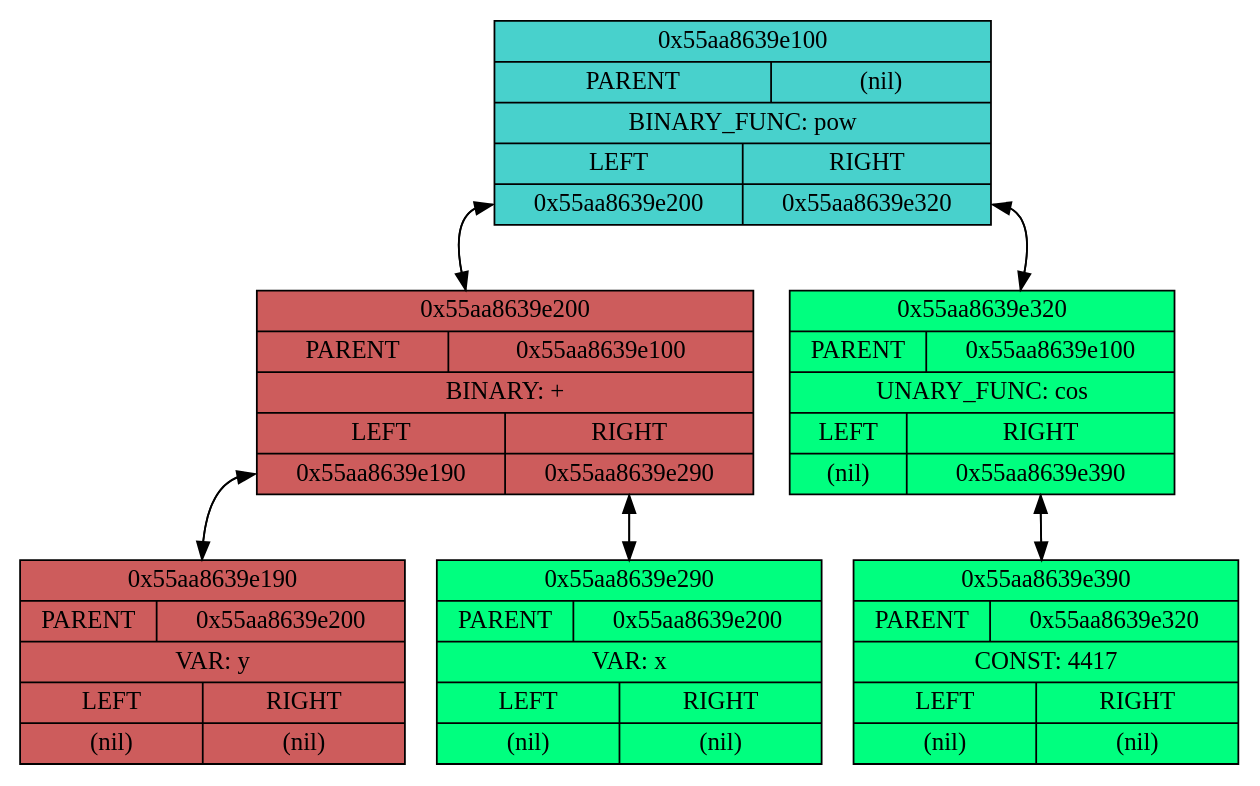
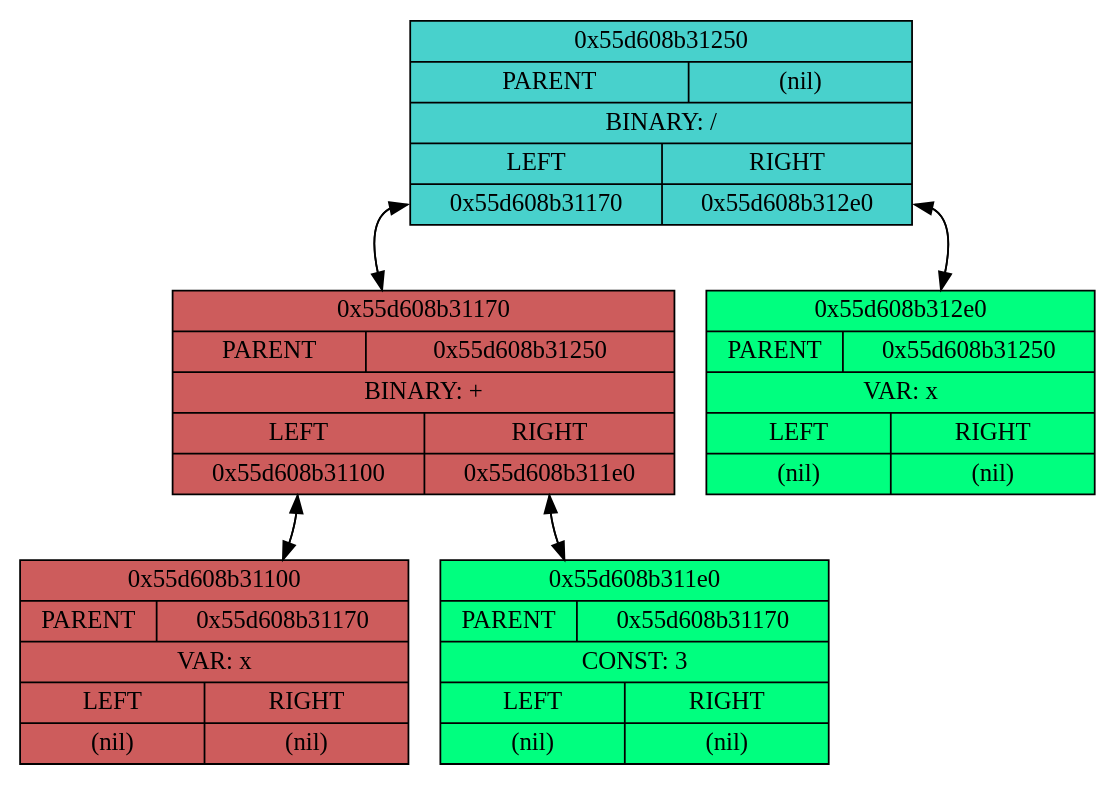
Before and after one commit to AlgebraicWolf/Differentiator: the diagram in cmake-build-debug/dump.dot, drawn with Graphviz. The commit also changed 12 other files, not shown here.

```diff
--- a/cmake-build-debug/dump.dot
+++ b/cmake-build-debug/dump.dot
@@ -1,19 +1,16 @@
 digraph {
 concentrate=true
-node0x55aa8639e100[shape=record, label="{0x55aa8639e100 | {PARENT|(nil)}| BINARY_FUNC: pow | {{LEFT |<left> 0x55aa8639e200} | {RIGHT |<right> 0x55aa8639e320}}}", style=filled, fillcolor=mediumturquoise];
-node0x55aa8639e200[shape=record, label="{0x55aa8639e200 | {PARENT|0x55aa8639e100}| BINARY: + | {{LEFT |<left> 0x55aa8639e190} | {RIGHT |<right> 0x55aa8639e290}}}", style=filled, fillcolor=indianred];
-node0x55aa8639e200 -> node0x55aa8639e100:left;
-node0x55aa8639e100:left -> node0x55aa8639e200;
-node0x55aa8639e190[shape=record, label="{0x55aa8639e190 | {PARENT|0x55aa8639e200}| VAR: y | {{LEFT |<left> (nil)} | {RIGHT |<right> (nil)}}}", style=filled, fillcolor=indianred];
-node0x55aa8639e190 -> node0x55aa8639e200:left;
-node0x55aa8639e200:left -> node0x55aa8639e190;
-node0x55aa8639e290[shape=record, label="{0x55aa8639e290 | {PARENT|0x55aa8639e200}| VAR: x | {{LEFT |<left> (nil)} | {RIGHT |<right> (nil)}}}", style=filled, fillcolor=springgreen];
-node0x55aa8639e290 -> node0x55aa8639e200:right;
-node0x55aa8639e200:right -> node0x55aa8639e290;
-node0x55aa8639e320[shape=record, label="{0x55aa8639e320 | {PARENT|0x55aa8639e100}| UNARY_FUNC: cos | {{LEFT |<left> (nil)} | {RIGHT |<right> 0x55aa8639e390}}}", style=filled, fillcolor=springgreen];
-node0x55aa8639e320 -> node0x55aa8639e100:right;
-node0x55aa8639e100:right -> node0x55aa8639e320;
-node0x55aa8639e390[shape=record, label="{0x55aa8639e390 | {PARENT|0x55aa8639e320}| CONST: 4417 | {{LEFT |<left> (nil)} | {RIGHT |<right> (nil)}}}", style=filled, fillcolor=springgreen];
-node0x55aa8639e390 -> node0x55aa8639e320:right;
-node0x55aa8639e320:right -> node0x55aa8639e390;
+node0x55d608b31250[shape=record, label="{0x55d608b31250 | {PARENT|(nil)}| BINARY: / | {{LEFT |<left> 0x55d608b31170} | {RIGHT |<right> 0x55d608b312e0}}}", style=filled, fillcolor=mediumturquoise];
+node0x55d608b31170[shape=record, label="{0x55d608b31170 | {PARENT|0x55d608b31250}| BINARY: + | {{LEFT |<left> 0x55d608b31100} | {RIGHT |<right> 0x55d608b311e0}}}", style=filled, fillcolor=indianred];
+node0x55d608b31170 -> node0x55d608b31250:left;
+node0x55d608b31250:left -> node0x55d608b31170;
+node0x55d608b31100[shape=record, label="{0x55d608b31100 | {PARENT|0x55d608b31170}| VAR: x | {{LEFT |<left> (nil)} | {RIGHT |<right> (nil)}}}", style=filled, fillcolor=indianred];
+node0x55d608b31100 -> node0x55d608b31170:left;
+node0x55d608b31170:left -> node0x55d608b31100;
+node0x55d608b311e0[shape=record, label="{0x55d608b311e0 | {PARENT|0x55d608b31170}| CONST: 3 | {{LEFT |<left> (nil)} | {RIGHT |<right> (nil)}}}", style=filled, fillcolor=springgreen];
+node0x55d608b311e0 -> node0x55d608b31170:right;
+node0x55d608b31170:right -> node0x55d608b311e0;
+node0x55d608b312e0[shape=record, label="{0x55d608b312e0 | {PARENT|0x55d608b31250}| VAR: x | {{LEFT |<left> (nil)} | {RIGHT |<right> (nil)}}}", style=filled, fillcolor=springgreen];
+node0x55d608b312e0 -> node0x55d608b31250:right;
+node0x55d608b31250:right -> node0x55d608b312e0;
 }
```
